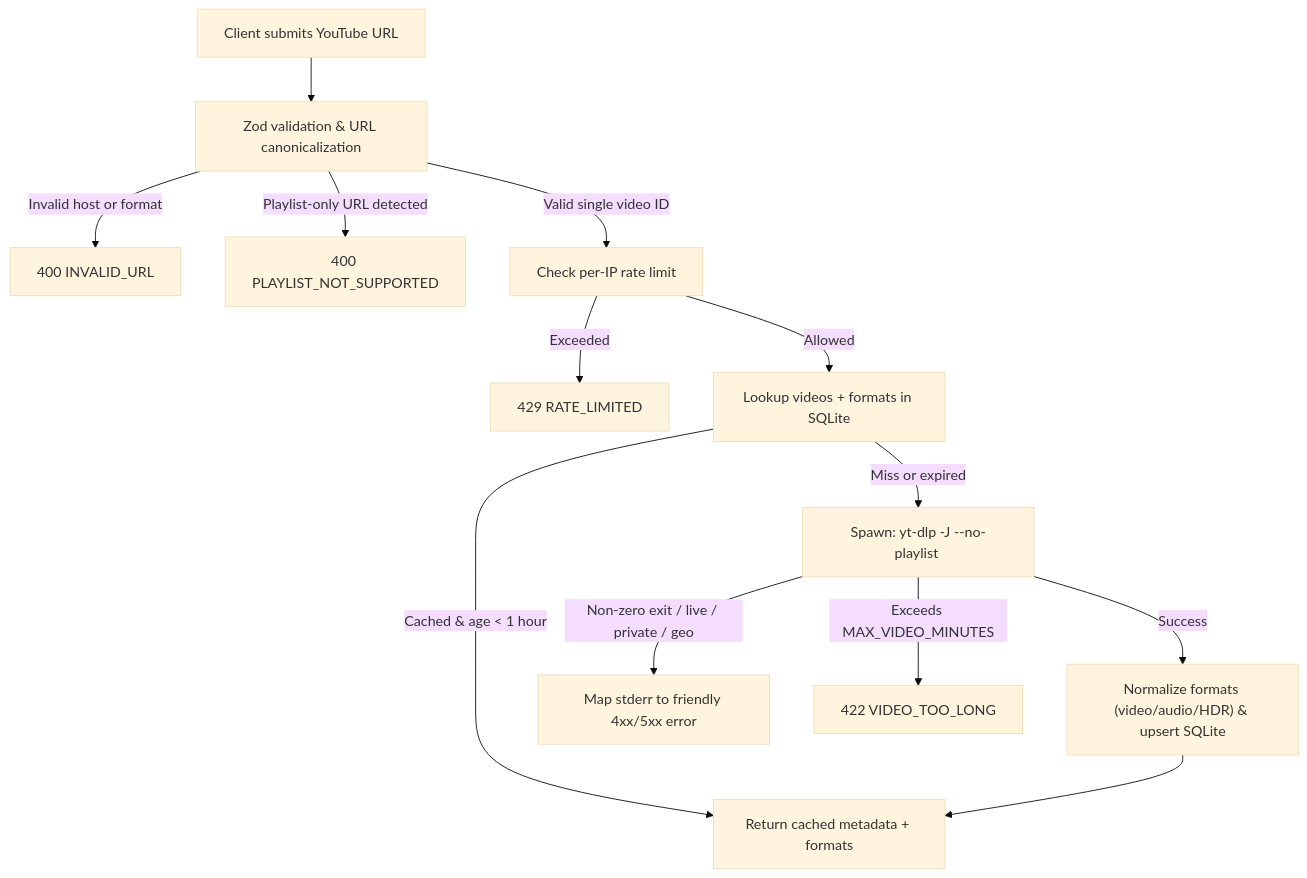
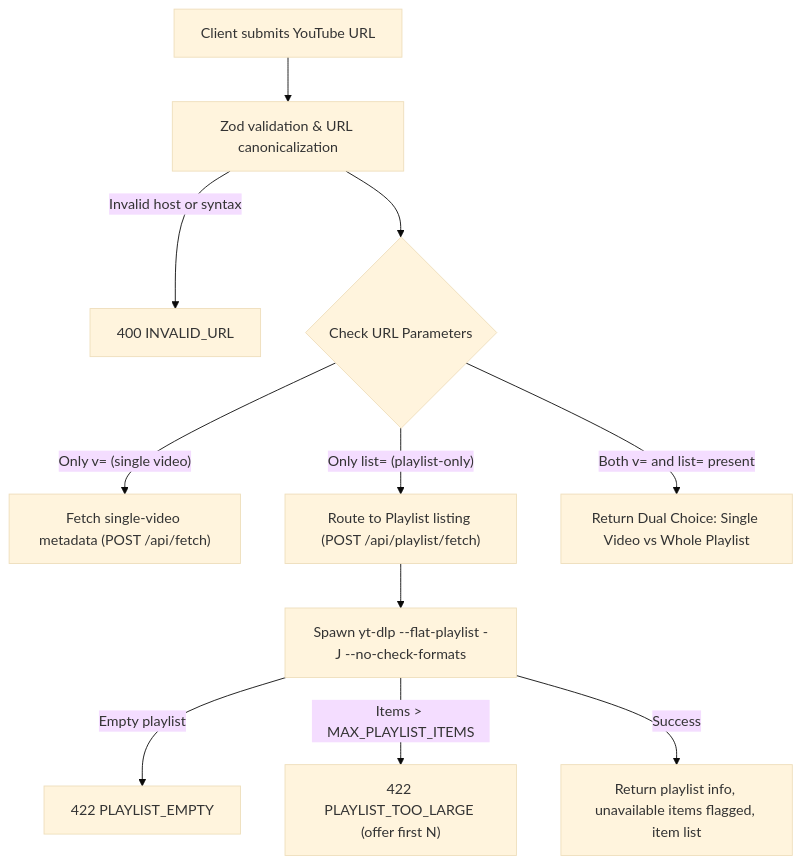
Before and after one commit to ensachin5/RetroTube: the third of 5 diagrams in docs/HLD.md, drawn with Mermaid (base theme). The commit also changed other lines of this file and 61 other files, not shown here.

````diff
--- a/docs/HLD.md
+++ b/docs/HLD.md
@@ -95,15 +110,13 @@
 ```mermaid
 flowchart TD
     A["Client submits YouTube URL"] --> B["Zod validation & URL canonicalization"]
-    B -->|"Invalid host or format"| E1["400 INVALID_URL"]
-    B -->|"Playlist-only URL detected"| E2["400 PLAYLIST_NOT_SUPPORTED"]
-    B -->|"Valid single video ID"| C["Check per-IP rate limit"]
-    C -->|"Exceeded"| E3["429 RATE_LIMITED"]
-    C -->|"Allowed"| D["Lookup videos + formats in SQLite"]
-    D -->|"Cached & age < 1 hour"| H["Return cached metadata + formats"]
-    D -->|"Miss or expired"| F["Spawn: yt-dlp -J --no-playlist <canonicalUrl>"]
-    F -->|"Non-zero exit / live / private / geo"| E4["Map stderr to friendly 4xx/5xx error"]
-    F -->|"Exceeds MAX_VIDEO_MINUTES"| E5["422 VIDEO_TOO_LONG"]
-    F -->|"Success"| G["Normalize formats (video/audio/HDR) & upsert SQLite"]
-    G --> H
+    B -->|"Invalid host or syntax"| E1["400 INVALID_URL"]
+    B --> C{"Check URL Parameters"}
+    C -->|"Only v= (single video)"| D["Fetch single-video metadata (POST /api/fetch)"]
+    C -->|"Only list= (playlist-only)"| P["Route to Playlist listing (POST /api/playlist/fetch)"]
+    C -->|"Both v= and list= present"| CP["Return Dual Choice: Single Video vs Whole Playlist"]
+    P --> F["Spawn yt-dlp --flat-playlist -J --no-check-formats"]
+    F -->|"Empty playlist"| E2["422 PLAYLIST_EMPTY"]
+    F -->|"Items > MAX_PLAYLIST_ITEMS"| E3["422 PLAYLIST_TOO_LARGE (offer first N)"]
+    F -->|"Success"| PR["Return playlist info, unavailable items flagged, item list"]
 ```
````
